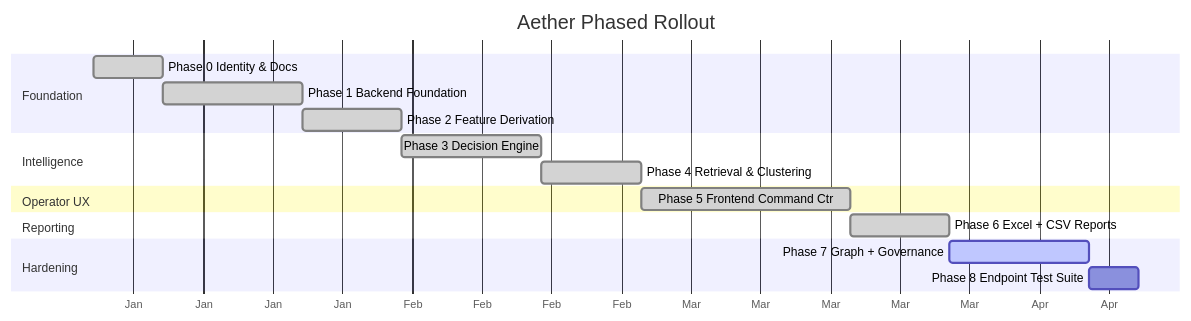
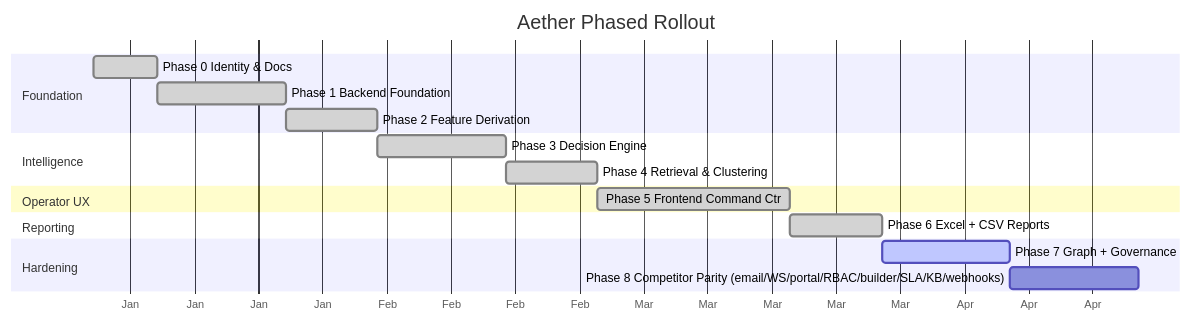
Before and after one commit to AngelP17/Aether-Ticketing: the diagram in docs/implementation/phased-roadmap.md, drawn with Mermaid. The commit also changed 26 other files, not shown here.

````diff
--- a/docs/implementation/phased-roadmap.md
+++ b/docs/implementation/phased-roadmap.md
@@ -85,20 +85,20 @@
 ```mermaid
 gantt
     title Aether Phased Rollout
     dateFormat YYYY-MM-DD
     axisFormat %b
     section Foundation
     Phase 0 Identity & Docs      :done, p0, 2025-01-01, 7d
     Phase 1 Backend Foundation   :done, p1, after p0, 14d
     Phase 2 Feature Derivation   :done, p2, after p1, 10d
     section Intelligence
     Phase 3 Decision Engine      :done, p3, after p2, 14d
     Phase 4 Retrieval & Clustering:done, p4, after p3, 10d
     section Operator UX
     Phase 5 Frontend Command Ctr :done, p5, after p4, 21d
     section Reporting
     Phase 6 Excel + CSV Reports  :done, p6, after p5, 10d
     section Hardening
     Phase 7 Graph + Governance   :active, p7, after p6, 14d
-    Phase 8 Endpoint Test Suite  :p8, after p7, 5d
+    Phase 8 Competitor Parity (email/WS/portal/RBAC/builder/SLA/KB/webhooks) :p8, after p7, 14d
 ```
````
